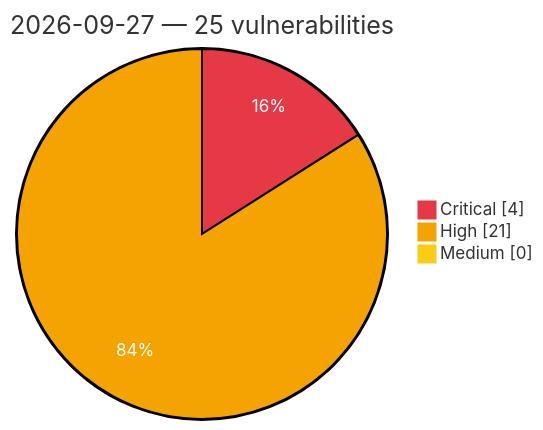
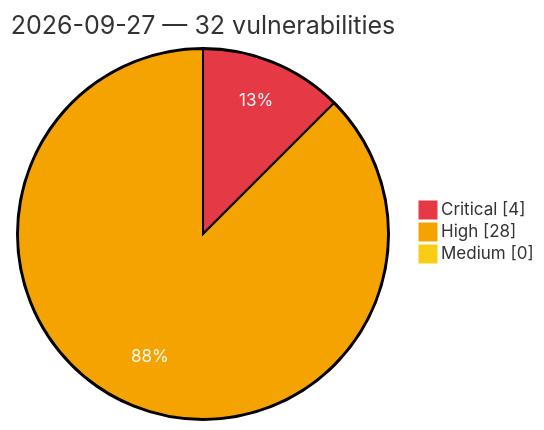
Before and after one commit to GhostX0X/vuln-tracker: the diagram in vulnerabilities/2026/September/2026-09-27.md, drawn with Mermaid. The commit also changed other lines of this file and 5 other files, not shown here.

````diff
--- a/vulnerabilities/2026/September/2026-09-27.md
+++ b/vulnerabilities/2026/September/2026-09-27.md
@@ -3,8 +3,8 @@
 ```mermaid
 %%{init: {'theme':'base', 'themeVariables': {'pie1':'#e63946', 'pie2':'#f4a300', 'pie3':'#facc15', 'pieOpacity':'1', 'pieOuterStrokeWidth':'2px', 'pieSectionTextColor':'#ffffff'}}}%%
 pie showData
-    title 2026-09-27 — 25 vulnerabilities
+    title 2026-09-27 — 32 vulnerabilities
     "Critical" : 4
-    "High" : 21
+    "High" : 28
     "Medium" : 0
 ```
````
